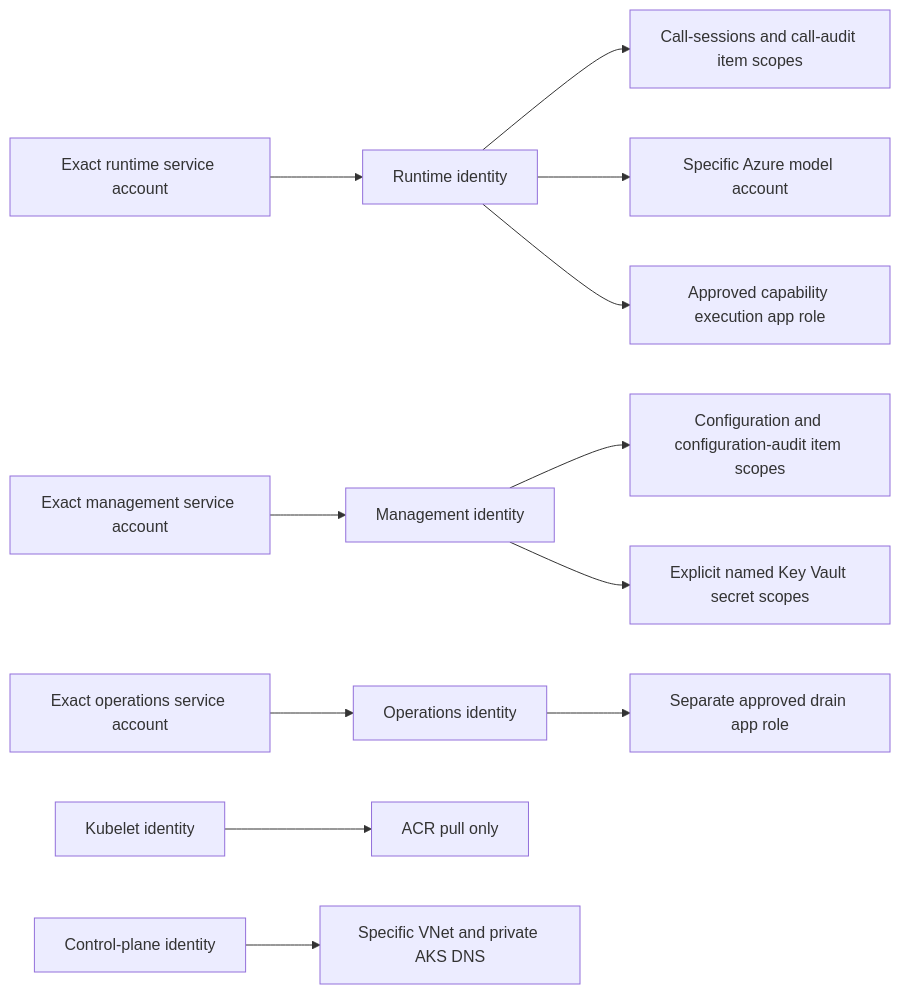
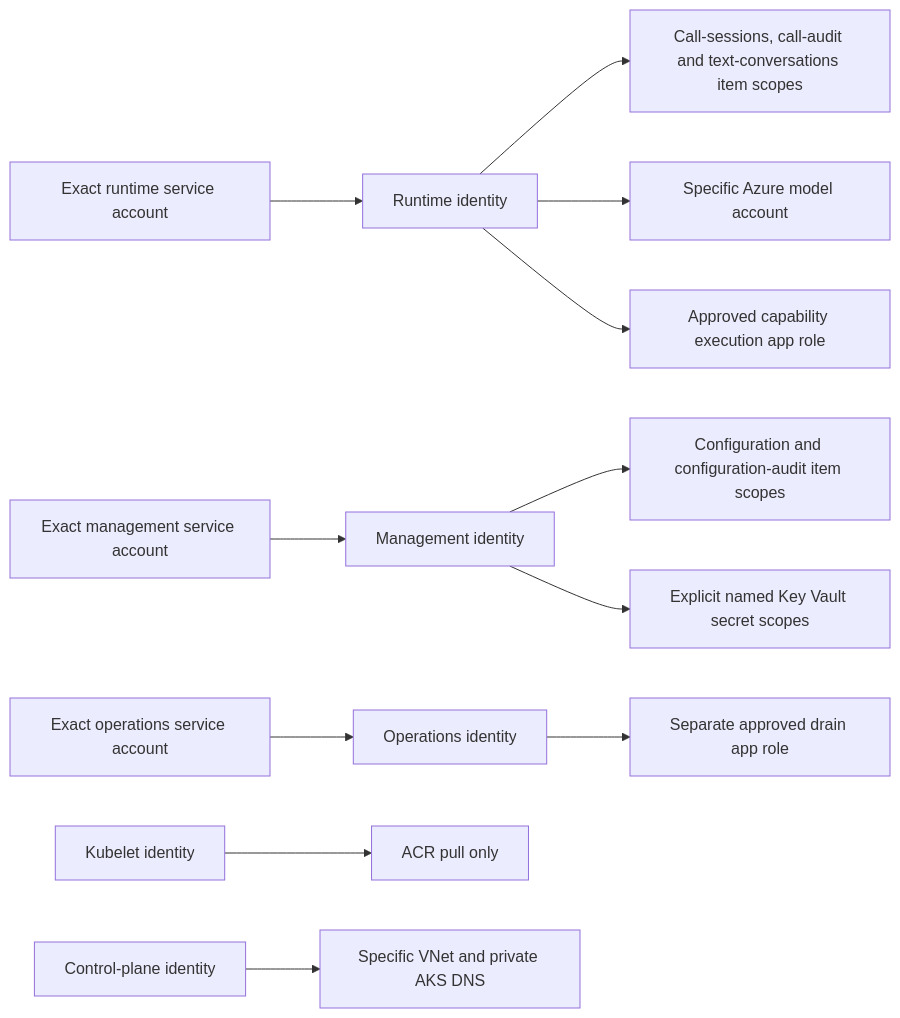
The first of 2 diagrams in docs/runbooks/platform-security.md (marvinbuss/caller-ai), drawn with Mermaid before and after one commit. The commit also changed other lines of this file and 236 other files, not shown here.

````diff
--- a/docs/runbooks/platform-security.md
+++ b/docs/runbooks/platform-security.md
@@ -41,14 +41,14 @@
 ```mermaid
 flowchart LR
     RuntimeSA[Exact runtime service account] --> RuntimeMI[Runtime identity]
     ManagementSA[Exact management service account] --> ManagementMI[Management identity]
     OperationsSA[Exact operations service account] --> OperationsMI[Operations identity]
-    RuntimeMI --> Calls[Call-sessions and call-audit item scopes]
+    RuntimeMI --> Calls[Call-sessions, call-audit and text-conversations item scopes]
     RuntimeMI --> Model[Specific Azure model account]
     RuntimeMI --> Gateway[Approved capability execution app role]
     ManagementMI --> Config[Configuration and configuration-audit item scopes]
     ManagementMI --> Secrets[Explicit named Key Vault secret scopes]
     OperationsMI --> Drain[Separate approved drain app role]
     NodeMI[Kubelet identity] --> Images[ACR pull only]
     ControlMI[Control-plane identity] --> Network[Specific VNet and private AKS DNS]
 ```
````
